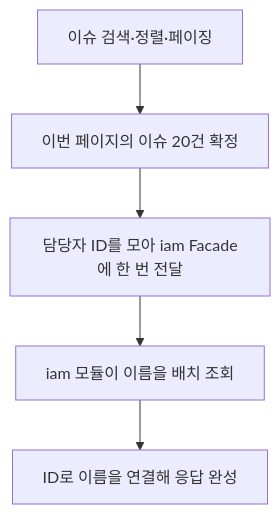
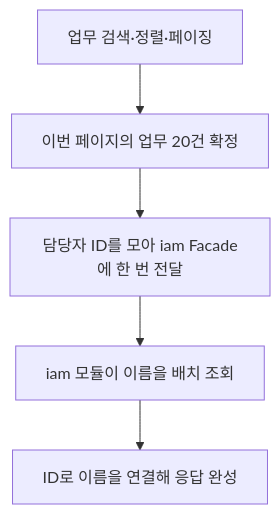
Before and after one commit to dev-goraebap/better-issue-tracker: the diagram in .agents/skills/bit-backend/references/04-cross-module-read.md, drawn with Mermaid. The commit also changed other lines of this file and 292 other files, not shown here.

````diff
--- a/.agents/skills/bit-backend/references/04-cross-module-read.md
+++ b/.agents/skills/bit-backend/references/04-cross-module-read.md
@@ -12,7 +12,7 @@
 ```mermaid
 flowchart TD
-    A[이슈 검색·정렬·페이징] --> B[이번 페이지의 이슈 20건 확정]
+    A[업무 검색·정렬·페이징] --> B[이번 페이지의 업무 20건 확정]
     B --> C[담당자 ID를 모아 iam Facade에 한 번 전달]
     C --> D[iam 모듈이 이름을 배치 조회]
     D --> E[ID로 이름을 연결해 응답 완성]
 ```
````
